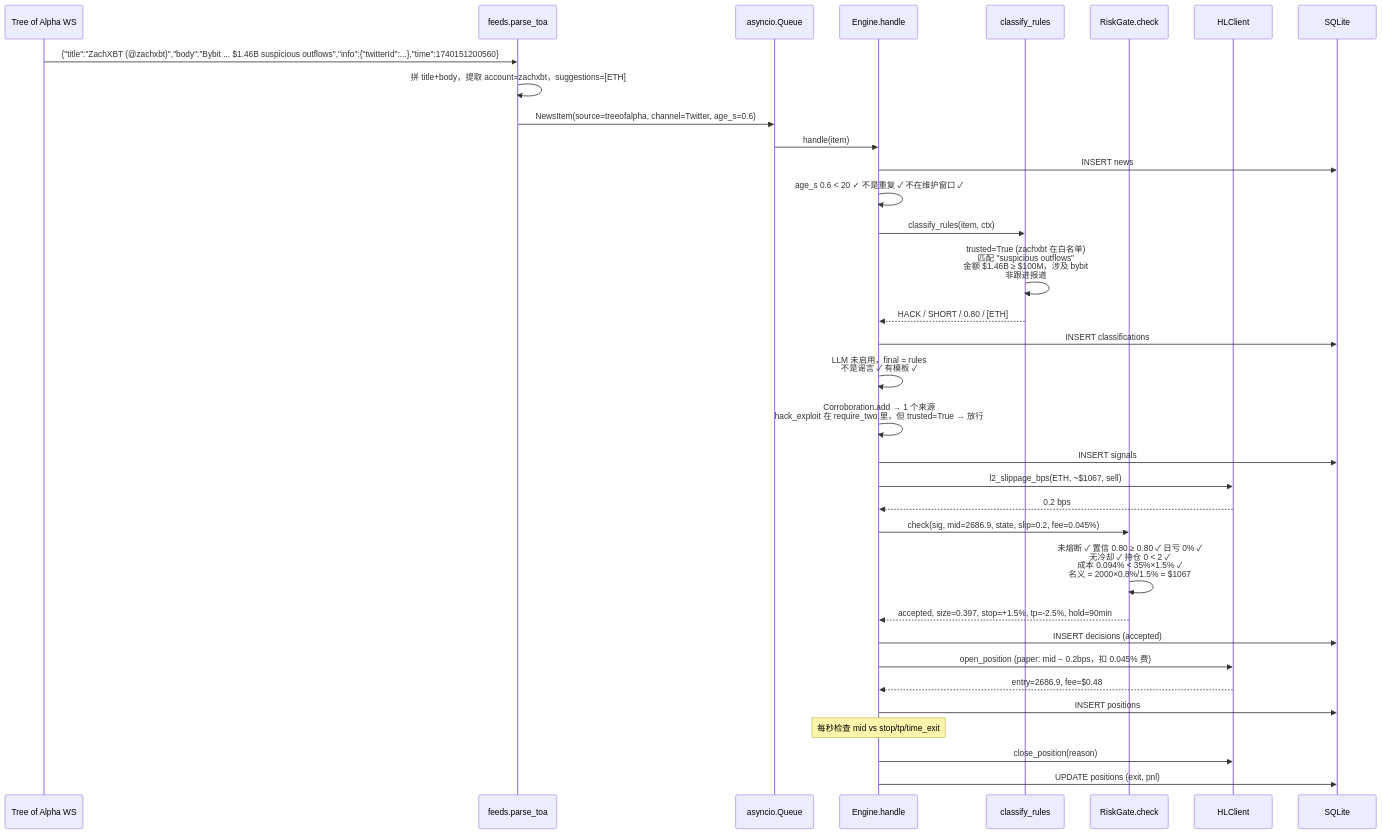
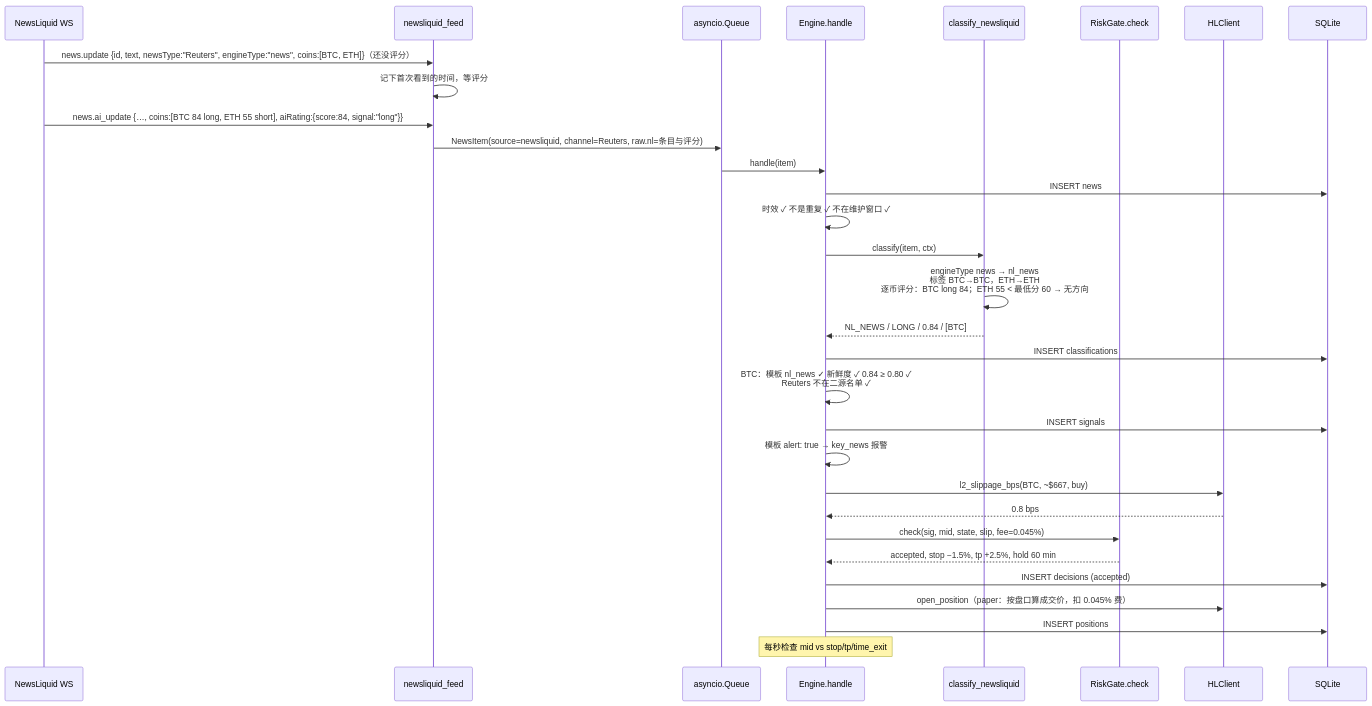
The first of 6 diagrams in README.md (yanboishere/hl-news-bot), drawn with Mermaid before and after one commit. The commit also changed other lines of this file and 24 other files, not shown here.

````diff
--- a/README.md
+++ b/README.md
@@ -149,37 +165,34 @@
 ```mermaid
 sequenceDiagram
-    participant TOA as Tree of Alpha WS
-    participant F as feeds.parse_toa
+    participant NL as NewsLiquid WS
+    participant F as newsliquid_feed
     participant Q as asyncio.Queue
     participant E as Engine.handle
-    participant C as classify_rules
+    participant C as classify_newsliquid
     participant R as RiskGate.check
     participant H as HLClient
     participant DB as SQLite
 
-    TOA->>F: {"title":"ZachXBT (@zachxbt)","body":"Bybit ... $1.46B suspicious outflows","info":{"twitterId":...},"time":1740151200560}
-    F->>F: 拼 title+body，提取 account=zachxbt，suggestions=[ETH]
-    F->>Q: NewsItem(source=treeofalpha, channel=Twitter, age_s=0.6)
+    NL->>F: news.update {id, text, newsType:"Reuters", engineType:"news", coins:[BTC, ETH]}（还没评分）
+    F->>F: 记下首次看到的时间，等评分
+    NL->>F: news.ai_update {…, coins:[BTC 84 long, ETH 55 short], aiRating:{score:84, signal:"long"}}
+    F->>Q: NewsItem(source=newsliquid, channel=Reuters, raw.nl=条目与评分)
     Q->>E: handle(item)
     E->>DB: INSERT news
-    E->>E: age_s 0.6 < 20 ✓ 不是重复 ✓ 不在维护窗口 ✓
-    E->>C: classify_rules(item, ctx)
-    C->>C: trusted=True (zachxbt 在白名单)<br/>匹配 "suspicious outflows"<br/>金额 $1.46B ≥ $100M，涉及 bybit<br/>非跟进报道
-    C-->>E: HACK / SHORT / 0.80 / [ETH]
+    E->>E: 时效 ✓ 不是重复 ✓ 不在维护窗口 ✓
+    E->>C: classify(item, ctx)
+    C->>C: engineType news → nl_news<br/>标签 BTC→BTC，ETH→ETH<br/>逐币评分：BTC long 84；ETH 55 < 最低分 60 → 无方向
+    C-->>E: NL_NEWS / LONG / 0.84 / [BTC]
     E->>DB: INSERT classifications
-    E->>E: LLM 未启用，final = rules<br/>不是谣言 ✓ 有模板 ✓
-    E->>E: Corroboration.add → 1 个来源<br/>hack_exploit 在 require_two 里，但 trusted=True → 放行
+    E->>E: BTC：模板 nl_news ✓ 新鲜度 ✓ 0.84 ≥ 0.80 ✓<br/>Reuters 不在二源名单 ✓
     E->>DB: INSERT signals
-    E->>H: l2_slippage_bps(ETH, ~$1067, sell)
-    H-->>E: 0.2 bps
-    E->>R: check(sig, mid=2686.9, state, slip=0.2, fee=0.045%)
-    R->>R: 未熔断 ✓ 置信 0.80 ≥ 0.80 ✓ 日亏 0% ✓<br/>无冷却 ✓ 持仓 0 < 2 ✓<br/>成本 0.094% < 35%×1.5% ✓<br/>名义 = 2000×0.8%/1.5% = $1067
-    R-->>E: accepted, size=0.397, stop=+1.5%, tp=-2.5%, hold=90min
+    E->>E: 模板 alert: true → key_news 报警
+    E->>H: l2_slippage_bps(BTC, ~$667, buy)
+    H-->>E: 0.8 bps
+    E->>R: check(sig, mid, state, slip, fee=0.045%)
+    R-->>E: accepted, stop −1.5%, tp +2.5%, hold 60 min
     E->>DB: INSERT decisions (accepted)
-    E->>H: open_position (paper: mid − 0.2bps，扣 0.045% 费)
-    H-->>E: entry=2686.9, fee=$0.48
+    E->>H: open_position（paper：按盘口算成交价，扣 0.045% 费）
     E->>DB: INSERT positions
     Note over E: 每秒检查 mid vs stop/tp/time_exit
-    E->>H: close_position(reason)
-    E->>DB: UPDATE positions (exit, pnl)
 ```
````
